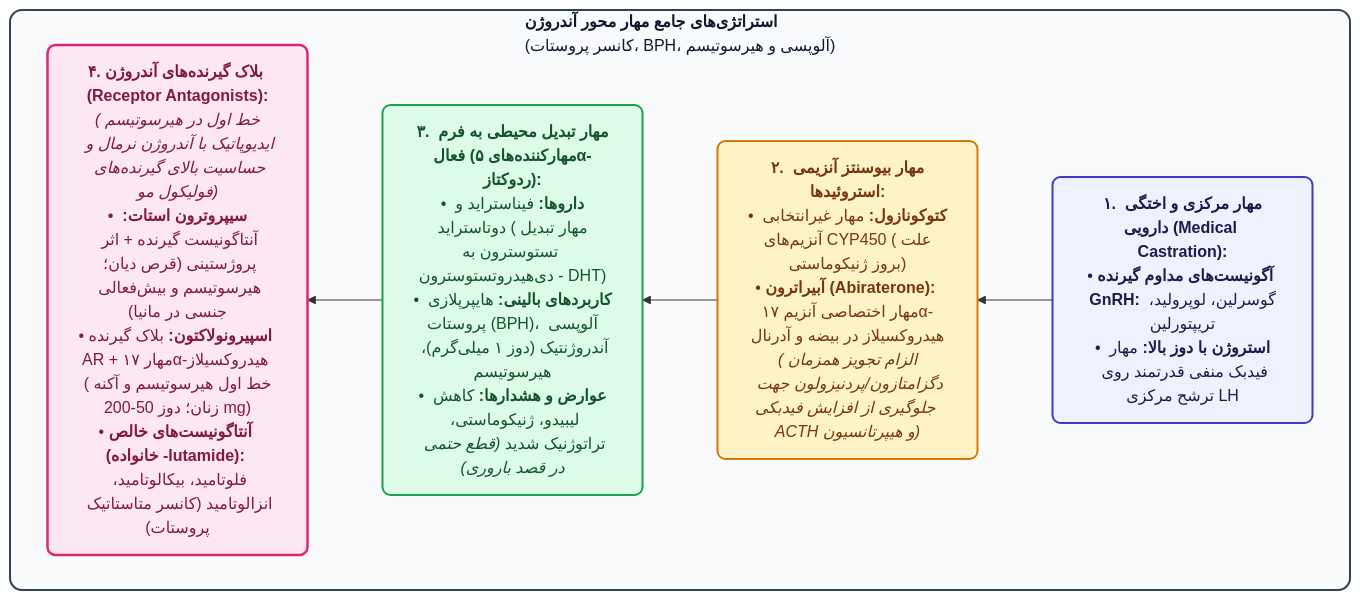
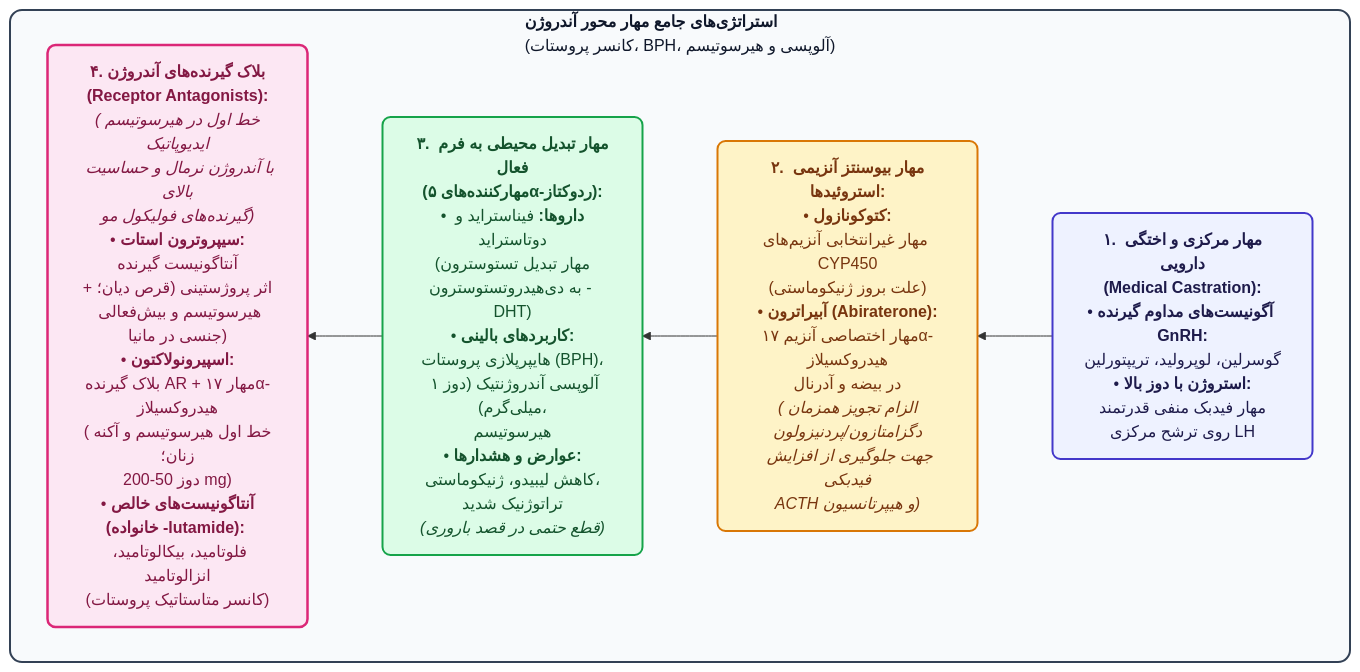
The fifth of 7 diagrams in 07/پاتوفارمای غدد/ویس‌محور فارما.md (neopulse-hub/TUMS-1402-1-neo), drawn with Mermaid before and after one commit. The commit also changed other lines of this file, not shown here.

````diff
--- a/07/پاتوفارمای غدد/ویس‌محور فارما.md
+++ b/07/پاتوفارمای غدد/ویس‌محور فارما.md
@@ -315,35 +316,35 @@
 ```mermaid
 flowchart RL
 
 %% --- استایل زیرگروه با کنتراست بالا ---
 style AndrogenSuppression fill:#F8FAFC,stroke:#334155,stroke-width:2px,rx:12,ry:12,color:#0F172A
 
 %% --- پالت رنگی متمایز و متناسب برای ۴ استراتژی درمانی ---
 %% ۱. مهار مرکزی (طیف نیلی / بنفش سلطنتی)
 style Central fill:#EEF2FF,stroke:#4338CA,stroke-width:2px,rx:8,ry:8,color:#1E1B4B
 
 %% ۲. مهار سنتز آنزیمی (طیف کهربایی / عسلی پررنگ)
 style Synth fill:#FEF3C7,stroke:#D97706,stroke-width:2px,rx:8,ry:8,color:#78350F
 
 %% ۳. مهار تبدیل محیطی 5-AR (طیف سبز زمردی شاداب)
 style Conv fill:#DCFCE7,stroke:#16A34A,stroke-width:2px,rx:8,ry:8,color:#14532D
 
 %% ۴. بلاک گیرنده آندروژن (طیف سرخابی / تمشکی سیر)
 style Receptor fill:#FCE7F3,stroke:#DB2777,stroke-width:2.5px,rx:8,ry:8,color:#831843
 
 %% --- ساختار نمودار همراه با سرتیترهای Bold و شکست خطوط ---
 subgraph AndrogenSuppression["<b>استراتژی‌های جامع مهار محور آندروژن</b><br>(کانسر پروستات، BPH، آلوپسی و هیرسوتیسم)"]
 direction RL
 
-Central["<b>۱. مهار مرکزی و اختگی دارویی (Medical Castration):</b><br>• <b>آگونیست‌های مداوم گیرنده GnRH:</b> گوسرلین، لوپرولید، تریپتورلین<br>• <b>استروژن با دوز بالا:</b> مهار فیدبک منفی قدرتمند روی ترشح مرکزی LH"]
+Central["<b>۱. مهار مرکزی و اختگی دارویی<br>(Medical Castration):</b><br>• <b>آگونیست‌های مداوم گیرنده GnRH:</b><br>گوسرلین، لوپرولید، تریپتورلین<br>• <b>استروژن با دوز بالا:</b><br>مهار فیدبک منفی قدرتمند<br>روی ترشح مرکزی LH"]
 
-Synth["<b>۲. مهار بیوسنتز آنزیمی استروئیدها:</b><br>• <b>کتوکونازول:</b> مهار غیرانتخابی آنزیم‌های CYP450 (علت بروز ژنیکوماستی)<br>• <b>آبیراترون (Abiraterone):</b> مهار اختصاصی آنزیم ۱۷α-هیدروکسیلاز در بیضه و آدرنال<br><i>(الزام تجویز همزمان دگزامتازون/پردنیزولون جهت جلوگیری از افزایش فیدبکی ACTH و هیپرتانسیون)</i>"]
+Synth["<b>۲. مهار بیوسنتز آنزیمی استروئیدها:</b><br>• <b>کتوکونازول:</b><br>مهار غیرانتخابی آنزیم‌های CYP450<br>(علت بروز ژنیکوماستی)<br>• <b>آبیراترون (Abiraterone):</b><br>مهار اختصاصی آنزیم ۱۷α-هیدروکسیلاز<br>در بیضه و آدرنال<br><i>(الزام تجویز همزمان دگزامتازون/پردنیزولون<br>جهت جلوگیری از افزایش فیدبکی<br>ACTH و هیپرتانسیون)</i>"]
 
-Conv["<b>۳. مهار تبدیل محیطی به فرم فعال (مهارکننده‌های ۵α-ردوکتاز):</b><br>• <b>داروها:</b> فیناستراید و دوتاستراید (مهار تبدیل تستوسترون به دی‌هیدروتستوسترون - DHT)<br>• <b>کاربردهای بالینی:</b> هایپرپلازی پروستات (BPH)، آلوپسی آندروژنتیک (دوز ۱ میلی‌گرم)، هیرسوتیسم<br>• <b>عوارض و هشدارها:</b> کاهش لیبیدو، ژنیکوماستی، تراتوژنیک شدید <i>(قطع حتمی در قصد باروری)</i>"]
+Conv["<b>۳. مهار تبدیل محیطی به فرم فعال<br>(مهارکننده‌های ۵α-ردوکتاز):</b><br>• <b>داروها:</b> فیناستراید و دوتاستراید<br>(مهار تبدیل تستوسترون<br>به دی‌هیدروتستوسترون - DHT)<br>• <b>کاربردهای بالینی:</b><br>هایپرپلازی پروستات (BPH)،<br>آلوپسی آندروژنتیک (دوز ۱ میلی‌گرم)،<br>هیرسوتیسم<br>• <b>عوارض و هشدارها:</b><br>کاهش لیبیدو، ژنیکوماستی،<br>تراتوژنیک شدید<br><i>(قطع حتمی در قصد باروری)</i>"]
 
-Receptor["<b>۴. بلاک گیرنده‌های آندروژن (Receptor Antagonists):</b><br><i>(خط اول در هیرسوتیسم ایدیوپاتیک با آندروژن نرمال و حساسیت بالای گیرنده‌های فولیکول مو)</i><br>• <b>سیپروترون استات:</b> آنتاگونیست گیرنده + اثر پروژستینی (قرص دیان؛ هیرسوتیسم و بیش‌فعالی جنسی در مانیا)<br>• <b>اسپیرونولاکتون:</b> بلاک گیرنده AR + مهار ۱۷α-هیدروکسیلاز (خط اول هیرسوتیسم و آکنه زنان؛ دوز 50-200 mg)<br>• <b>آنتاگونیست‌های خالص (خانواده -lutamide):</b> فلوتامید، بیکالوتامید، انزالوتامید (کانسر متاستاتیک پروستات)"]
+Receptor["<b>۴. بلاک گیرنده‌های آندروژن<br>(Receptor Antagonists):</b><br><i>(خط اول در هیرسوتیسم ایدیوپاتیک<br>با آندروژن نرمال و حساسیت بالای<br>گیرنده‌های فولیکول مو)</i><br>• <b>سیپروترون استات:</b><br>آنتاگونیست گیرنده<br>+ اثر پروژستینی (قرص دیان؛<br>هیرسوتیسم و بیش‌فعالی جنسی در مانیا)<br>• <b>اسپیرونولاکتون:</b><br>بلاک گیرنده AR + مهار ۱۷α-هیدروکسیلاز<br>(خط اول هیرسوتیسم و آکنه زنان؛<br>دوز 50-200 mg)<br>• <b>آنتاگونیست‌های خالص<br>(خانواده -lutamide):</b> فلوتامید، بیکالوتامید، انزالوتامید<br>(کانسر متاستاتیک پروستات)"]
 
 Central --> Synth --> Conv --> Receptor
 
 end
 ```
````
